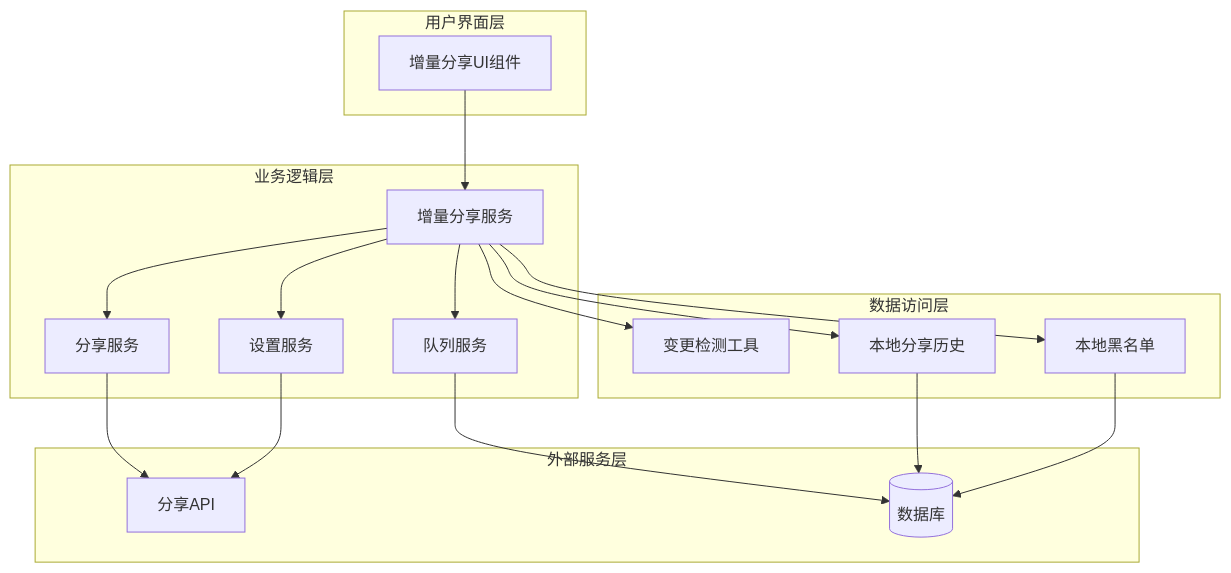
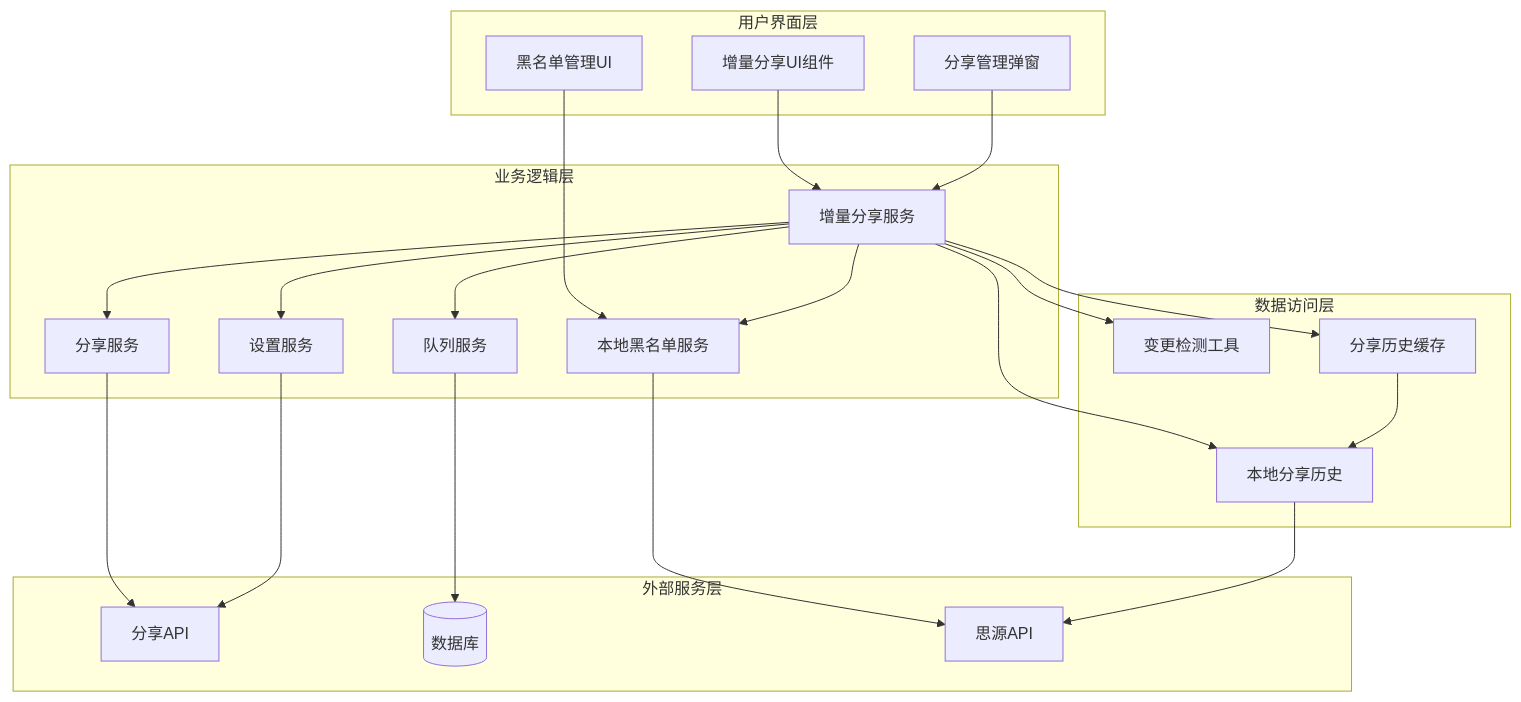
The second of 7 diagrams in .qoder/repowiki/zh/content/增量分享规范.md (terwerinc/siyuan-plugin-share-pro), drawn with Mermaid before and after one commit. The commit also changed other lines of this file and 8 other files, not shown here.

````diff
--- a/.qoder/repowiki/zh/content/增量分享规范.md
+++ b/.qoder/repowiki/zh/content/增量分享规范.md
@@ -112,33 +132,41 @@
 ```mermaid
 graph TB
 subgraph "用户界面层"
 UI[增量分享UI组件]
+SM[分享管理弹窗]
+BL[黑名单管理UI]
 end
 subgraph "业务逻辑层"
 ISS[增量分享服务]
 SQS[队列服务]
 SDS[分享服务]
 SES[设置服务]
+LBS[本地黑名单服务]
 end
 subgraph "数据访问层"
 CDWU[变更检测工具]
-LHS[本地分享历史]
-LBS[本地黑名单]
+LSH[本地分享历史]
+SHC[分享历史缓存]
 end
 subgraph "外部服务层"
 API[分享API]
 DB[(数据库)]
+SIYUAN[思源API]
 end
 UI --> ISS
+SM --> ISS
+BL --> LBS
 ISS --> SQS
 ISS --> SDS
 ISS --> SES
+ISS --> LBS
 ISS --> CDWU
-ISS --> LHS
-ISS --> LBS
+ISS --> LSH
+ISS --> SHC
 SDS --> API
 SES --> API
 SQS --> DB
-LHS --> DB
-LBS --> DB
+LBS --> SIYUAN
+LSH --> SIYUAN
+SHC --> LSH
 ```
````
